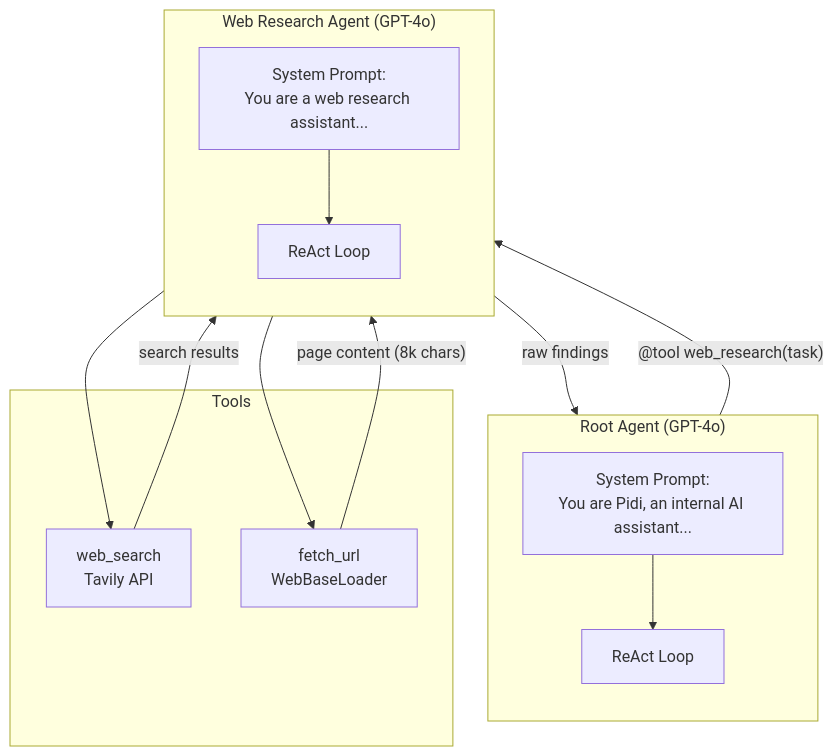
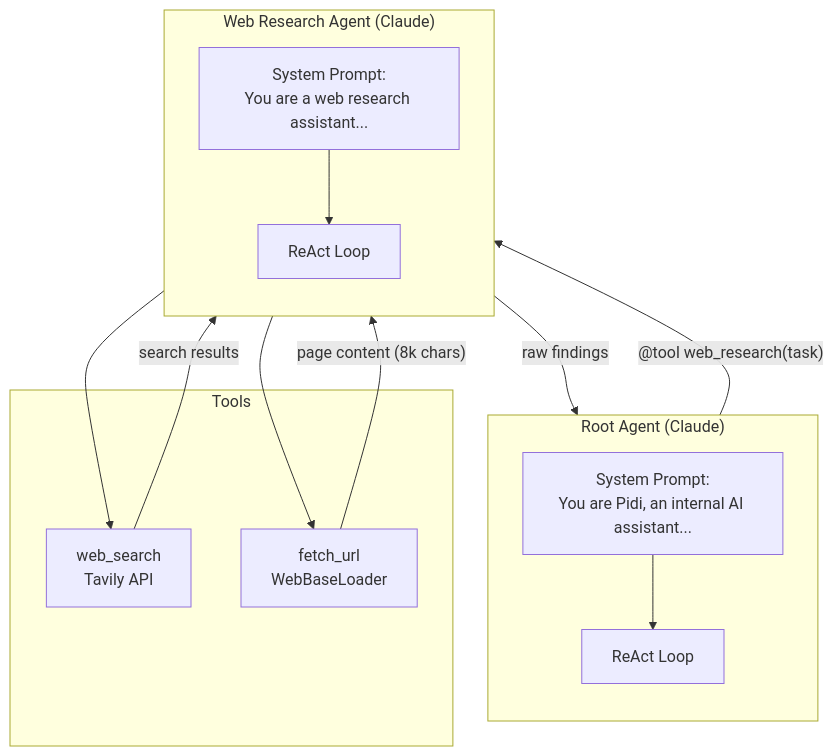
Before and after one commit to GoodbyePlanet/pd-general-purpose-agent: the fifth of 7 diagrams in architecture.md, drawn with Mermaid. The commit also changed other lines of this file and 9 other files, not shown here.

````diff
--- a/architecture.md
+++ b/architecture.md
@@ -122,28 +122,28 @@
 ```mermaid
 flowchart TB
-    subgraph "Root Agent (GPT-4o)"
+    subgraph "Root Agent (Claude)"
         direction TB
         RP[System Prompt:<br/>You are Pidi, an internal AI assistant...]
         REACT1[ReAct Loop]
         RP --> REACT1
     end
 
-    subgraph "Web Research Agent (GPT-4o)"
+    subgraph "Web Research Agent (Claude)"
         direction TB
         WRP[System Prompt:<br/>You are a web research assistant...]
         REACT2[ReAct Loop]
         WRP --> REACT2
     end
 
     subgraph Tools
         WS[web_search<br/>Tavily API]
         FU[fetch_url<br/>WebBaseLoader]
     end
 
     REACT1 -- "@tool web_research(task)" --> REACT2
     REACT2 --> WS
     REACT2 --> FU
     WS -- "search results" --> REACT2
     FU -- "page content (8k chars)" --> REACT2
     REACT2 -- "raw findings" --> REACT1
 ```
````
